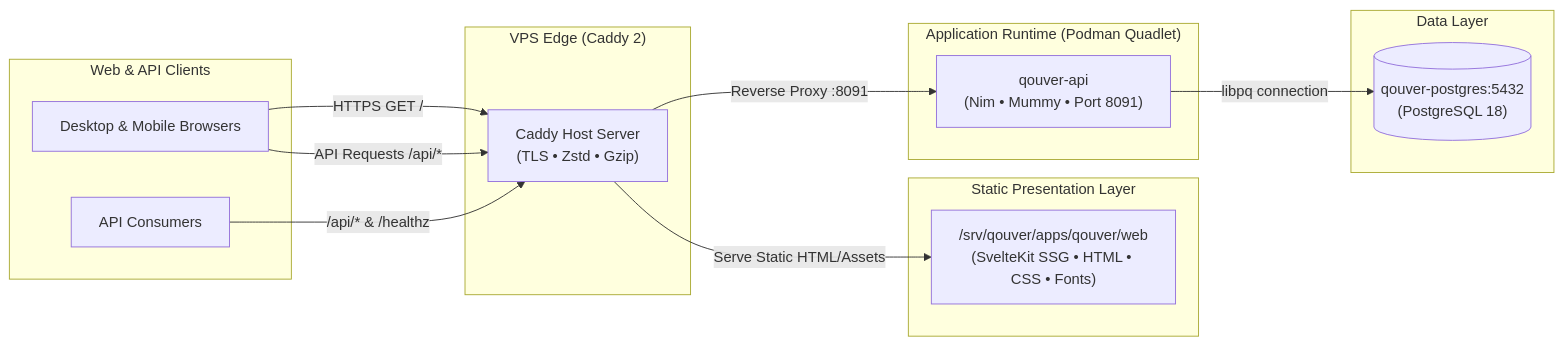
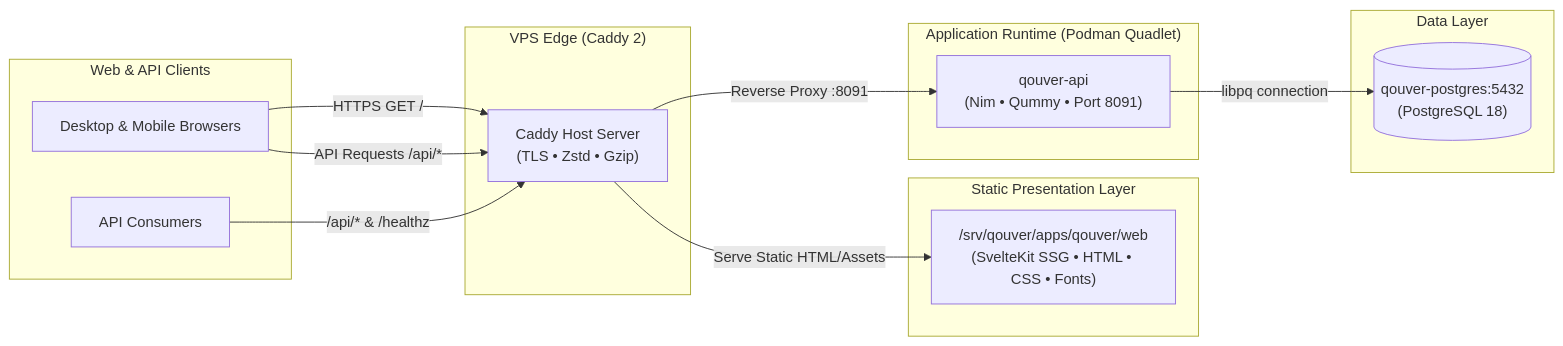
Before and after one commit to nferdazel/qouver: the diagram in README.md, drawn with Mermaid. The commit also changed other lines of this file and 21 other files, not shown here.

````diff
--- a/README.md
+++ b/README.md
@@ -22,31 +22,31 @@
 ```mermaid
 flowchart LR
     subgraph Clients ["Web & API Clients"]
         Browser["Desktop & Mobile Browsers"]
         APIClient["API Consumers"]
     end
 
     subgraph Edge ["VPS Edge (Caddy 2)"]
         Caddy["Caddy Host Server\n(TLS • Zstd • Gzip)"]
     end
 
     subgraph Presentation ["Static Presentation Layer"]
         StaticFiles["/srv/qouver/apps/qouver/web\n(SvelteKit SSG • HTML • CSS • Fonts)"]
     end
 
     subgraph Services ["Application Runtime (Podman Quadlet)"]
-        NimAPI["qouver-api\n(Nim • Mummy • Port 8091)"]
+        NimAPI["qouver-api\n(Nim • Qummy • Port 8091)"]
     end
 
     subgraph Persistence ["Data Layer"]
         Postgres[("qouver-postgres:5432\n(PostgreSQL 18)")]
     end
 
     Browser -->|HTTPS GET /| Caddy
     Browser -->|API Requests /api/*| Caddy
     APIClient -->|/api/* & /healthz| Caddy
 
     Caddy -->|Serve Static HTML/Assets| StaticFiles
     Caddy -->|Reverse Proxy :8091| NimAPI
     NimAPI -->|libpq connection| Postgres
 ```
````
